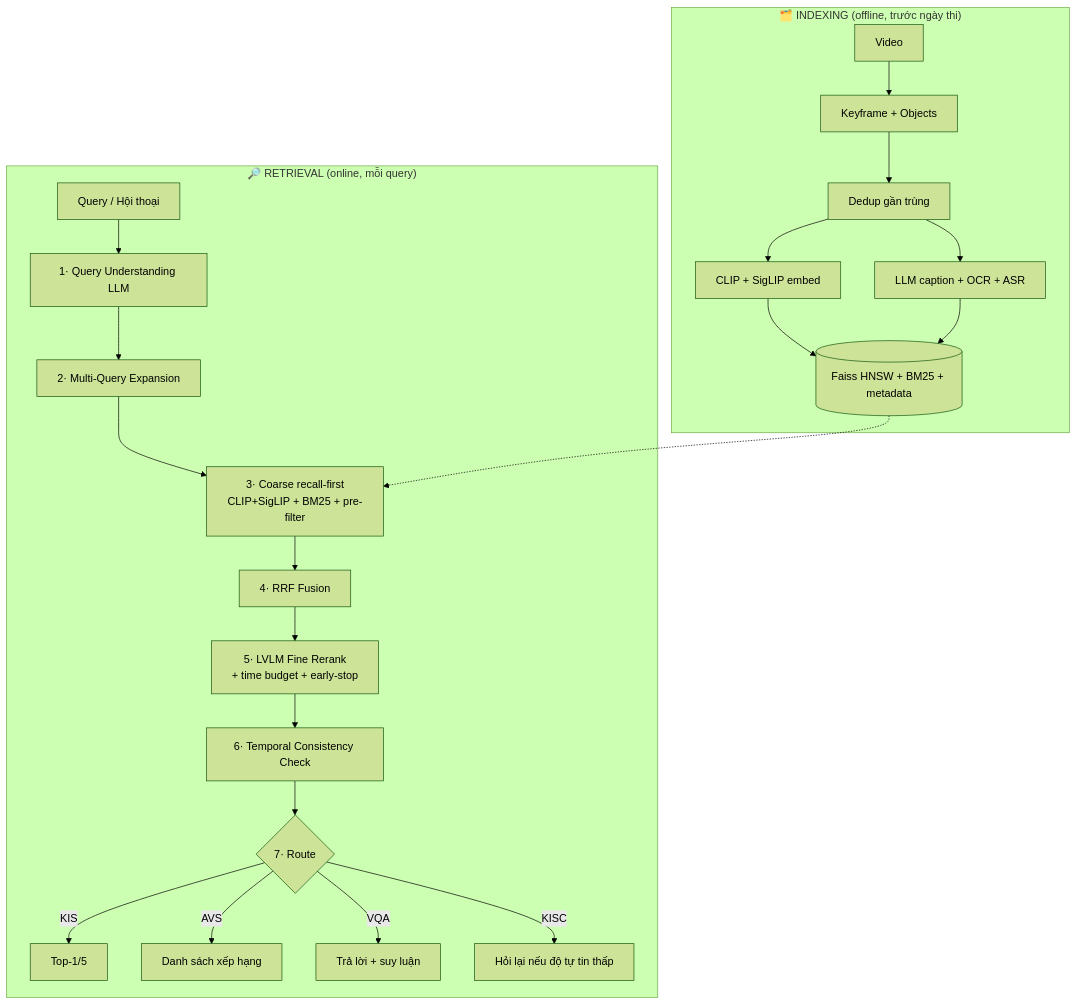
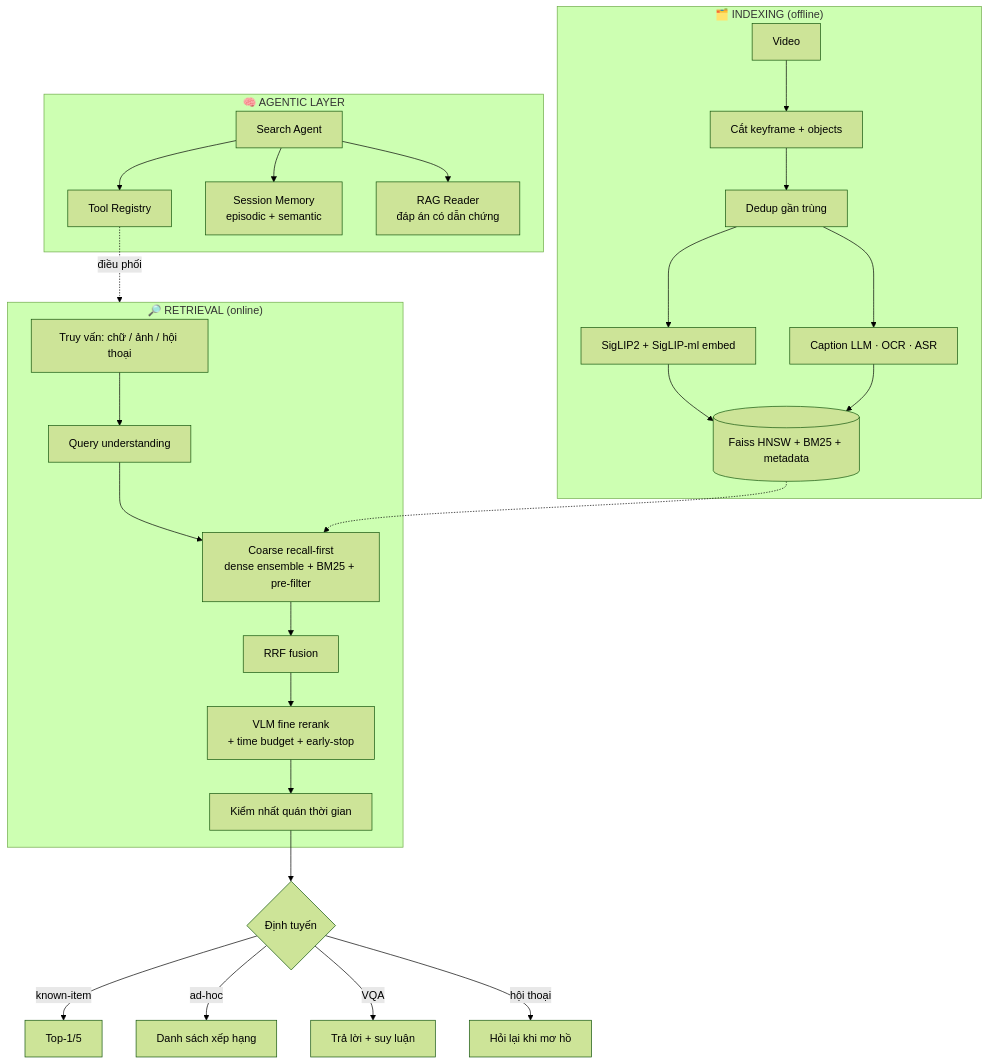
One commit to sai-ctruong/Rewind changed the diagram in README.md. Above: the diagram before and after it, drawn with Mermaid (forest theme). The commit also changed other lines of this file and 4 other files, not shown here.

````diff
--- a/README.md
+++ b/README.md
@@ -48,27 +85,33 @@
 ```mermaid
 flowchart TD
-    subgraph IDX["🗂️ INDEXING (offline, trước ngày thi)"]
-        V[Video] --> KF[Keyframe + Objects]
+    subgraph IDX["🗂️ INDEXING (offline)"]
+        V[Video] --> KF[Cắt keyframe + objects]
         KF --> DD[Dedup gần trùng]
-        DD --> EMB[CLIP + SigLIP embed]
-        DD --> CAP[LLM caption + OCR + ASR]
+        DD --> EMB[SigLIP2 + SigLIP-ml embed]
+        DD --> ENR[Caption LLM · OCR · ASR]
         EMB --> IX[(Faiss HNSW + BM25 + metadata)]
-        CAP --> IX
+        ENR --> IX
     end
 
-    subgraph RET["🔎 RETRIEVAL (online, mỗi query)"]
-        Q[Query / Hội thoại] --> QU[1· Query Understanding LLM]
-        QU --> QE[2· Multi-Query Expansion]
-        QE --> CO[3· Coarse recall-first<br/>CLIP+SigLIP + BM25 + pre-filter]
-        CO --> FU[4· RRF Fusion]
-        FU --> RR[5· LVLM Fine Rerank<br/>+ time budget + early-stop]
-        RR --> TC[6· Temporal Consistency Check]
-        TC --> RO{7· Route}
-        RO -->|KIS| K[Top-1/5]
-        RO -->|AVS| A[Danh sách xếp hạng]
-        RO -->|VQA| VQ[Trả lời + suy luận]
-        RO -->|KISC| KC[Hỏi lại nếu độ tự tin thấp]
+    subgraph RET["🔎 RETRIEVAL (online)"]
+        Q[Truy vấn: chữ / ảnh / hội thoại] --> QU[Query understanding]
+        QU --> CO[Coarse recall-first<br/>dense ensemble + BM25 + pre-filter]
+        CO --> FU[RRF fusion]
+        FU --> RR[VLM fine rerank<br/>+ time budget + early-stop]
+        RR --> TC[Kiểm nhất quán thời gian]
+    end
+
+    subgraph AG["🧠 AGENTIC LAYER"]
+        AGENT[Search Agent] --> TOOLS[Tool Registry]
+        AGENT --> MEM[Session Memory<br/>episodic + semantic]
+        AGENT --> READER[RAG Reader<br/>đáp án có dẫn chứng]
     end
 
     IX -.-> CO
+    TOOLS -.điều phối.-> RET
+    TC --> RES{Định tuyến}
+    RES -->|known-item| K[Top-1/5]
+    RES -->|ad-hoc| A[Danh sách xếp hạng]
+    RES -->|VQA| VQ[Trả lời + suy luận]
+    RES -->|hội thoại| KC[Hỏi lại khi mơ hồ]
 ```
````
